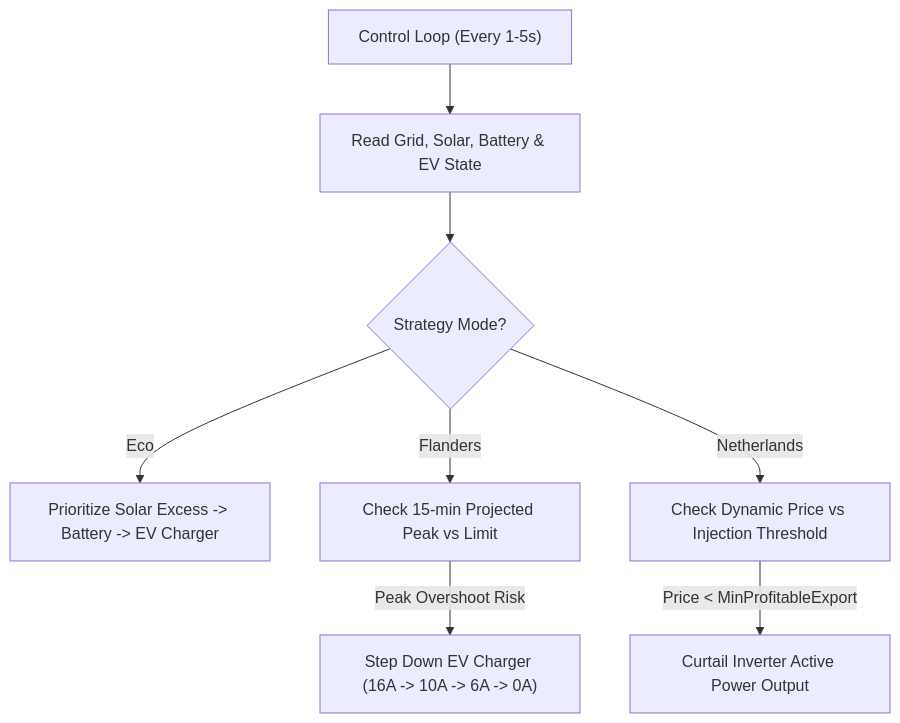
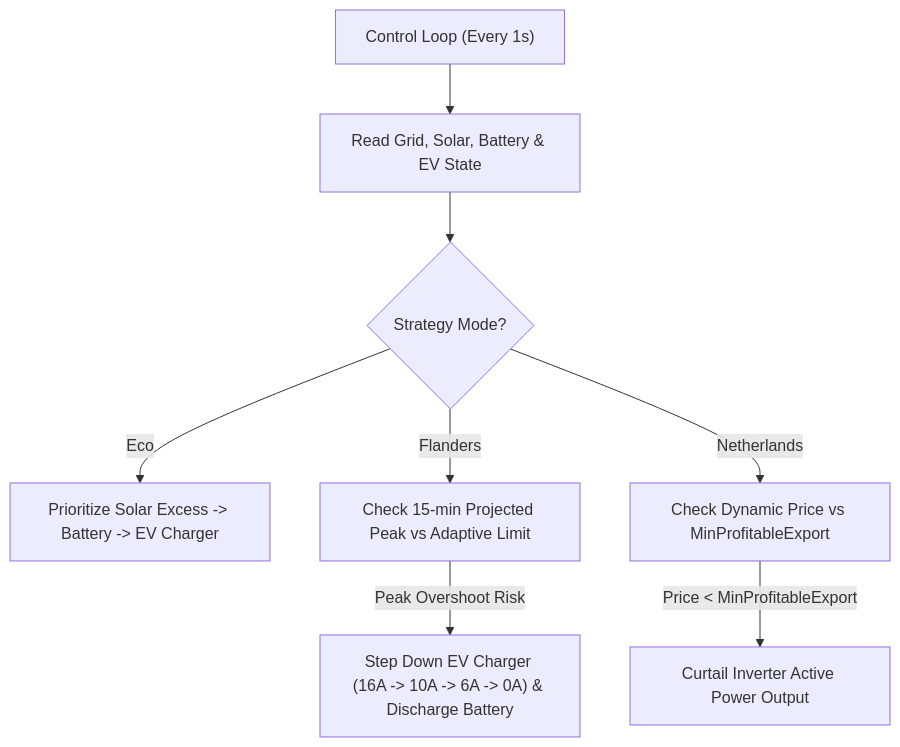
One commit to webdotpulse/GRID-EMS-RELEASE changed the second of 3 diagrams in docs/advanced_manual.md. Above: the diagram before and after it, drawn with Mermaid. The commit also changed other lines of this file and 57 other files, not shown here.

````diff
--- a/docs/advanced_manual.md
+++ b/docs/advanced_manual.md
@@ -90,12 +110,12 @@
 ```mermaid
 flowchart TD
-    Start["Control Loop (Every 1-5s)"] --> ReadState["Read Grid, Solar, Battery & EV State"]
+    Start["Control Loop (Every 1s)"] --> ReadState["Read Grid, Solar, Battery & EV State"]
     ReadState --> ModeCheck{"Strategy Mode?"}
 
     ModeCheck -->|Eco| EcoMode["Prioritize Solar Excess -> Battery -> EV Charger"]
-    ModeCheck -->|Flanders| FlandersMode["Check 15-min Projected Peak vs Limit"]
-    ModeCheck -->|Netherlands| NLMode["Check Dynamic Price vs Injection Threshold"]
+    ModeCheck -->|Flanders| FlandersMode["Check 15-min Projected Peak vs Adaptive Limit"]
+    ModeCheck -->|Netherlands| NLMode["Check Dynamic Price vs MinProfitableExport"]
 
-    FlandersMode -->|Peak Overshoot Risk| Throttling["Step Down EV Charger (16A -> 10A -> 6A -> 0A)"]
+    FlandersMode -->|Peak Overshoot Risk| Throttling["Step Down EV Charger (16A -> 10A -> 6A -> 0A) & Discharge Battery"]
     NLMode -->|Price < MinProfitableExport| Curtailment["Curtail Inverter Active Power Output"]
 ```
````
